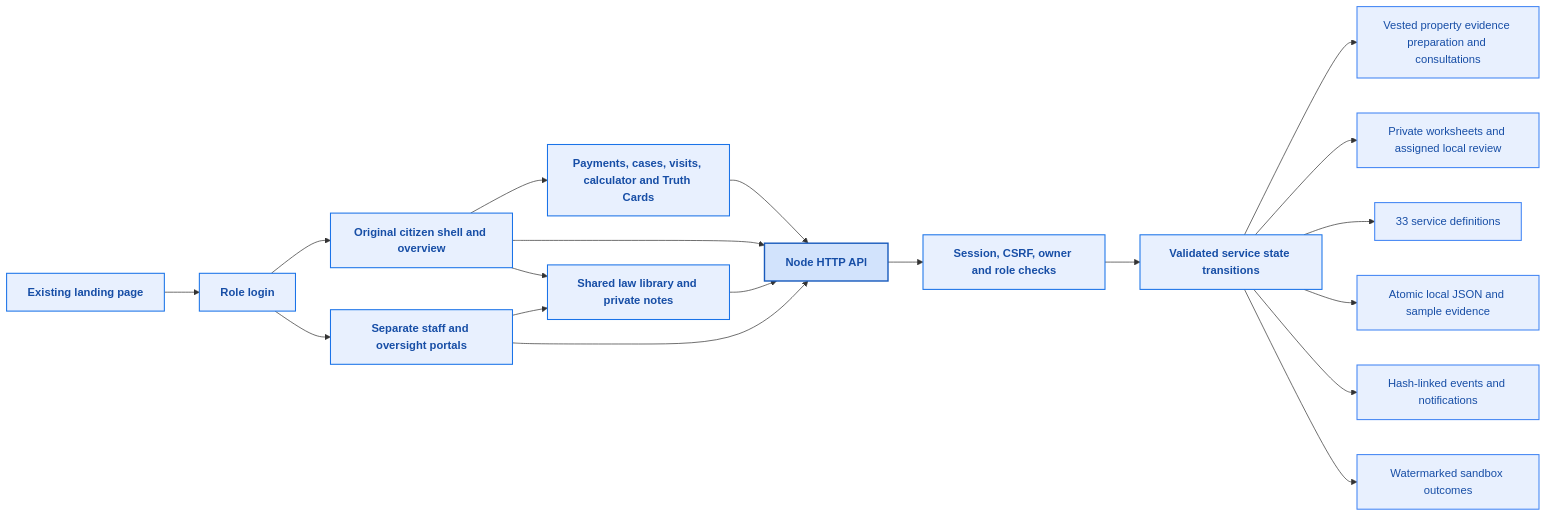
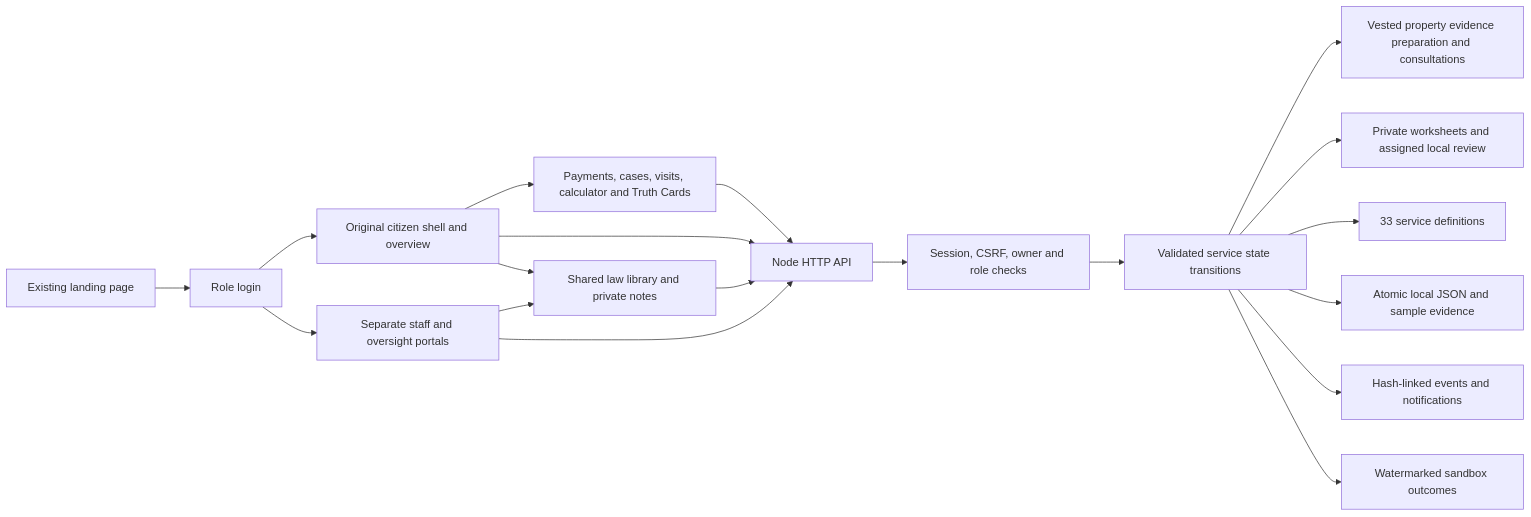
One commit to Shreyalien/E-Bhumi changed the third of 3 diagrams in README.md. Above: the diagram before and after it, drawn with Mermaid. The commit also changed other lines of this file and 10 other files, not shown here.

````diff
--- a/README.md
+++ b/README.md
@@ -270,25 +268,21 @@
 ```mermaid
 flowchart LR
-    classDef blueBox fill:#e8f0fe,stroke:#1a73e8,stroke-width:1.5px,color:#174ea6,font-weight:600;
-    classDef blueServer fill:#d2e3fc,stroke:#185abc,stroke-width:2px,color:#174ea6,font-weight:600;
-    classDef blueData fill:#e8f0fe,stroke:#4285f4,stroke-width:1.5px,color:#174ea6;
-
-    Public["Existing landing page"]:::blueBox --> Login["Role login"]:::blueBox
-    Login --> Citizen["Original citizen shell and overview"]:::blueBox
-    Login --> Staff["Separate staff and oversight portals"]:::blueBox
-    Citizen --> Tools["Payments, cases, visits, calculator and Truth Cards"]:::blueBox
-    Tools --> API["Node HTTP API"]:::blueServer
+    Public["Existing landing page"] --> Login["Role login"]
+    Login --> Citizen["Original citizen shell and overview"]
+    Login --> Staff["Separate staff and oversight portals"]
+    Citizen --> Tools["Payments, cases, visits, calculator and Truth Cards"]
+    Tools --> API["Node HTTP API"]
     Citizen --> API
-    Staff --> Law["Shared law library and private notes"]:::blueBox
+    Staff --> Law["Shared law library and private notes"]
     Citizen --> Law
     Law --> API
     Staff --> API
-    API --> Guards["Session, CSRF, owner and role checks"]:::blueBox
-    Guards --> Workflows["Validated service state transitions"]:::blueBox
-    Workflows --> Legacy["Vested property evidence preparation and consultations"]:::blueData
-    Workflows --> Dossiers["Private worksheets and assigned local review"]:::blueData
-    Workflows --> Catalogue["33 service definitions"]:::blueData
-    Workflows --> Store["Atomic local JSON and sample evidence"]:::blueData
-    Workflows --> Audit["Hash-linked events and notifications"]:::blueData
-    Workflows --> Output["Watermarked sandbox outcomes"]:::blueData
+    API --> Guards["Session, CSRF, owner and role checks"]
+    Guards --> Workflows["Validated service state transitions"]
+    Workflows --> Legacy["Vested property evidence preparation and consultations"]
+    Workflows --> Dossiers["Private worksheets and assigned local review"]
+    Workflows --> Catalogue["33 service definitions"]
+    Workflows --> Store["Atomic local JSON and sample evidence"]
+    Workflows --> Audit["Hash-linked events and notifications"]
+    Workflows --> Output["Watermarked sandbox outcomes"]
 ```
````
